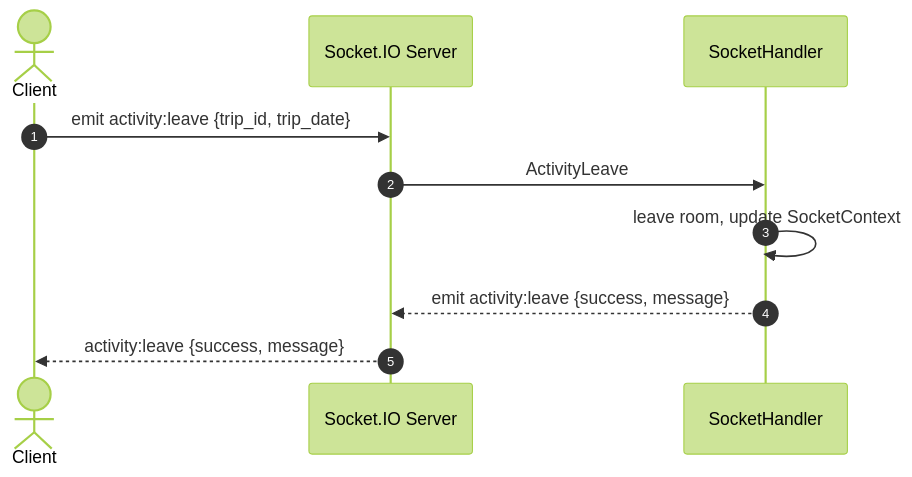
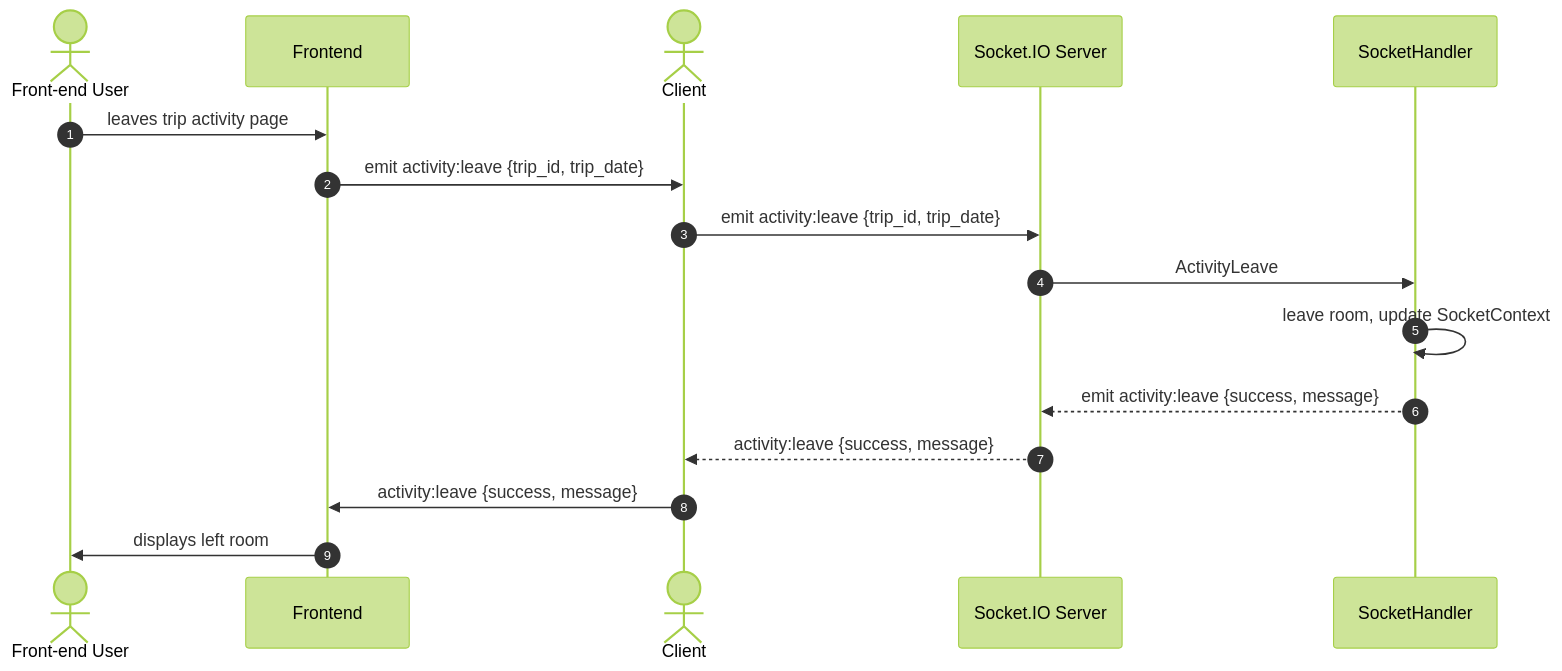
The diagram in diagram/socket_activity_leave.mmd (kritpi/499-senior-project-trip-service), drawn with Mermaid (forest theme) before and after one commit. The commit also changed 16 other files, not shown here.

Commit message:
docs: update sequence diagrams with frontend interactions (commit with Antigravity)

```diff
--- a/diagram/socket_activity_leave.mmd
+++ b/diagram/socket_activity_leave.mmd
@@ -1,11 +1,17 @@
 sequenceDiagram
     autonumber
+    actor User as Front-end User
+    participant Frontend
     actor Client
     participant SocketServer as Socket.IO Server
     participant Handler as SocketHandler
 
+    User->>Frontend: leaves trip activity page
+    Frontend->>Client: emit activity:leave {trip_id, trip_date}
     Client->>SocketServer: emit activity:leave {trip_id, trip_date}
     SocketServer->>Handler: ActivityLeave
     Handler->>Handler: leave room, update SocketContext
     Handler-->>SocketServer: emit activity:leave {success, message}
     SocketServer-->>Client: activity:leave {success, message}
+    Client->>Frontend: activity:leave {success, message}
+    Frontend->>User: displays left room
```
